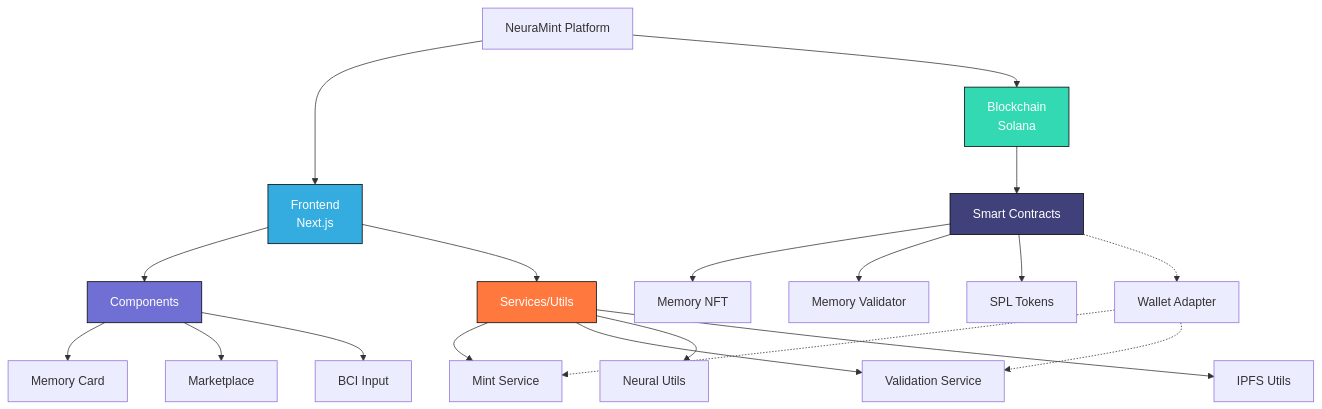
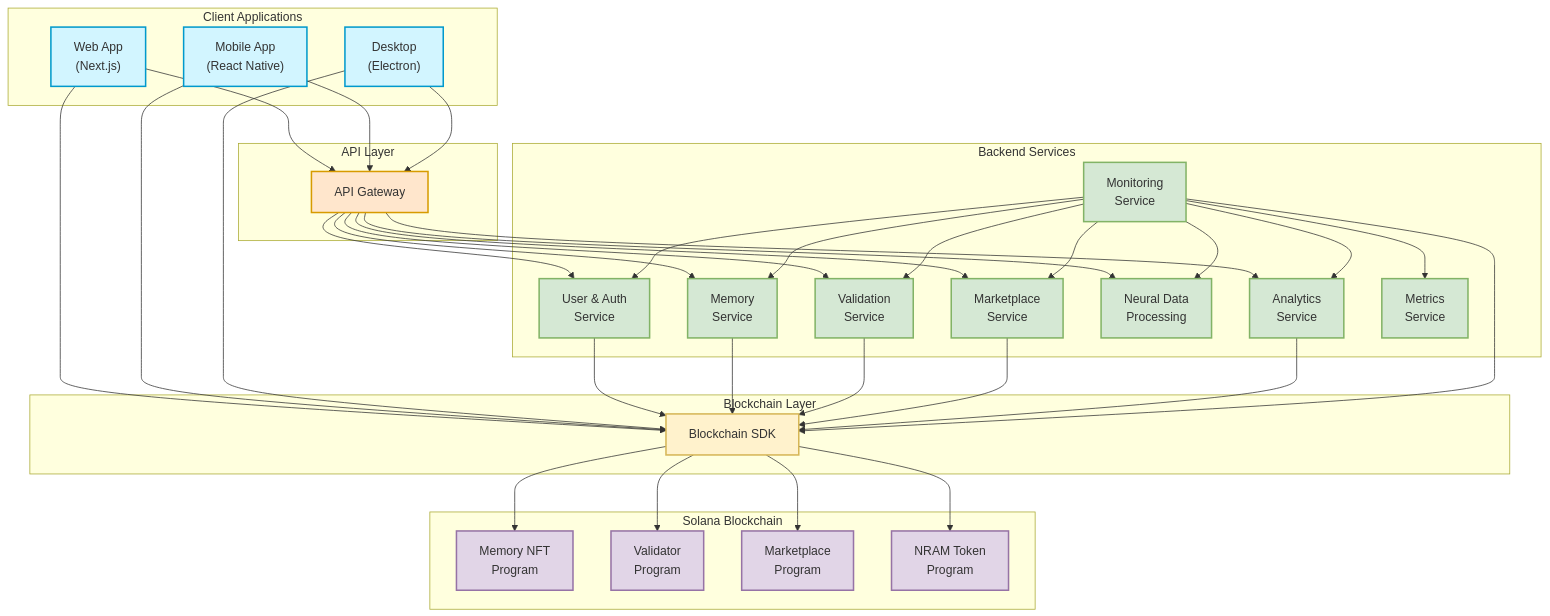
One commit to NeuraMint/NRAM changed the first of 2 diagrams in README.md. Above: the diagram before and after it, drawn with Mermaid. The commit also changed other lines of this file and 72 other files, not shown here.

Commit message:
NeuraMint V1.02

````diff
--- a/README.md
+++ b/README.md
@@ -41,56 +41,79 @@
 ```mermaid
 flowchart TD
-    classDef frontendClass fill:#34ace0,stroke:#000,stroke-width:1px,color:white
-    classDef blockchainClass fill:#33d9b2,stroke:#000,stroke-width:1px,color:white
-    classDef componentsClass fill:#706fd3,stroke:#000,stroke-width:1px,color:white
-    classDef servicesClass fill:#ff793f,stroke:#000,stroke-width:1px,color:white
-    classDef contractsClass fill:#40407a,stroke:#000,stroke-width:1px,color:white
-    
-    NeuraMint[NeuraMint Platform]
-    Frontend[Frontend<br>Next.js]:::frontendClass
-    Blockchain[Blockchain<br>Solana]:::blockchainClass
-    
-    NeuraMint --> Frontend
-    NeuraMint --> Blockchain
-    
-    %% Frontend section
-    Components[Components]:::componentsClass
-    MemoryCard[Memory Card]
-    Marketplace[Marketplace]
-    BCIInput[BCI Input]
-    
-    Frontend --> Components
-    Components --> MemoryCard
-    Components --> Marketplace
-    Components --> BCIInput
-    
-    %% Services section
-    Services[Services/Utils]:::servicesClass
-    MintService[Mint Service]
-    ValidationService[Validation Service]
-    NeuralUtils[Neural Utils]
-    IPFSUtils[IPFS Utils]
-    
-    Frontend --> Services
-    Services --> MintService
-    Services --> ValidationService
-    Services --> NeuralUtils
-    Services --> IPFSUtils
-    
-    %% Blockchain section
-    SmartContracts[Smart Contracts]:::contractsClass
-    MemoryNFT[Memory NFT]
-    MemoryValidator[Memory Validator]
-    SPLTokens[SPL Tokens]
-    
-    Blockchain --> SmartContracts
-    SmartContracts --> MemoryNFT
-    SmartContracts --> MemoryValidator
-    SmartContracts --> SPLTokens
-    
-    %% Integration
-    WalletAdapter[Wallet Adapter]
-    SmartContracts -.-> WalletAdapter
-    WalletAdapter -.-> MintService
-    WalletAdapter -.-> ValidationService
+    subgraph "Client Applications"
+        WebApp["Web App\n(Next.js)"]
+        MobileApp["Mobile App\n(React Native)"]
+        Desktop["Desktop\n(Electron)"]
+    end
+
+    subgraph "API Layer"
+        APIGateway["API Gateway"]
+    end
+
+    subgraph "Backend Services"
+        UserAuth["User & Auth\nService"]
+        MemoryService["Memory\nService"]
+        ValidationService["Validation\nService"]
+        MarketplaceService["Marketplace\nService"]
+        NeuralData["Neural Data\nProcessing"]
+        Analytics["Analytics\nService"]
+        Metrics["Metrics\nService"]
+        Monitoring["Monitoring\nService"]
+    end
+
+    subgraph "Blockchain Layer"
+        BlockchainSDK["Blockchain SDK"]
+    end
+
+    subgraph "Solana Blockchain"
+        MemoryNFT["Memory NFT\nProgram"]
+        ValidatorProgram["Validator\nProgram"]
+        MarketplaceProgram["Marketplace\nProgram"]
+        NRAMToken["NRAM Token\nProgram"]
+    end
+
+    WebApp --> APIGateway
+    MobileApp --> APIGateway
+    Desktop --> APIGateway
+    WebApp --> BlockchainSDK
+    MobileApp --> BlockchainSDK
+    Desktop --> BlockchainSDK
+
+    APIGateway --> UserAuth
+    APIGateway --> MemoryService
+    APIGateway --> ValidationService
+    APIGateway --> MarketplaceService
+    APIGateway --> NeuralData
+    APIGateway --> Analytics
+    UserAuth --> BlockchainSDK
+    MemoryService --> BlockchainSDK
+    ValidationService --> BlockchainSDK
+    MarketplaceService --> BlockchainSDK
+    Analytics --> BlockchainSDK
+
+    BlockchainSDK --> MemoryNFT
+    BlockchainSDK --> ValidatorProgram
+    BlockchainSDK --> MarketplaceProgram
+    BlockchainSDK --> NRAMToken
+
+    Monitoring --> UserAuth
+    Monitoring --> MemoryService
+    Monitoring --> ValidationService
+    Monitoring --> MarketplaceService
+    Monitoring --> NeuralData
+    Monitoring --> Analytics
+    Monitoring --> Metrics
+    Monitoring --> BlockchainSDK
+
+    classDef client fill:#d2f5ff,stroke:#0099cc,stroke-width:2px;
+    classDef api fill:#ffe6cc,stroke:#d79b00,stroke-width:2px;
+    classDef service fill:#d5e8d4,stroke:#82b366,stroke-width:2px;
+    classDef blockchain fill:#fff2cc,stroke:#d6b656,stroke-width:2px;
+    classDef solana fill:#e1d5e7,stroke:#9673a6,stroke-width:2px;
+
+    class WebApp,MobileApp,Desktop client;
+    class APIGateway api;
+    class UserAuth,MemoryService,ValidationService,MarketplaceService,NeuralData,Analytics,Metrics,Monitoring service;
+    class BlockchainSDK blockchain;
+    class MemoryNFT,ValidatorProgram,MarketplaceProgram,NRAMToken solana;
 ```
````
